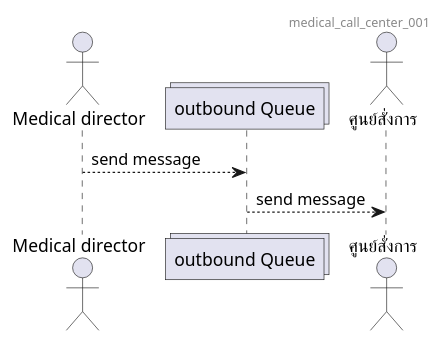
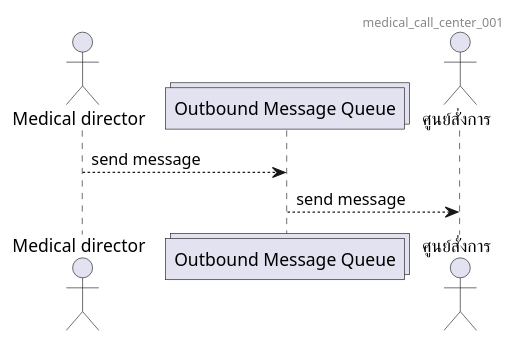
One commit to lionants02/mis-api-doc changed the second of 2 diagrams in uml/medical_call_center.plantuml. Above: the diagram before and after it, drawn with PlantUML. The commit also changed 18 other files, not shown here.

```diff
--- a/uml/medical_call_center.plantuml
+++ b/uml/medical_call_center.plantuml
@@ -8,8 +8,8 @@
 @startuml
 Header medical_call_center_001
   actor "Medical director" as Medical
-  collections "outbound Queue" as outbound
+  collections "Outbound Message Queue" as outbound
   outbound <-- Medical : send message
   actor "ศูนย์สั่งการ" as OIS
   OIS <-- outbound : send message
 @enduml
```
